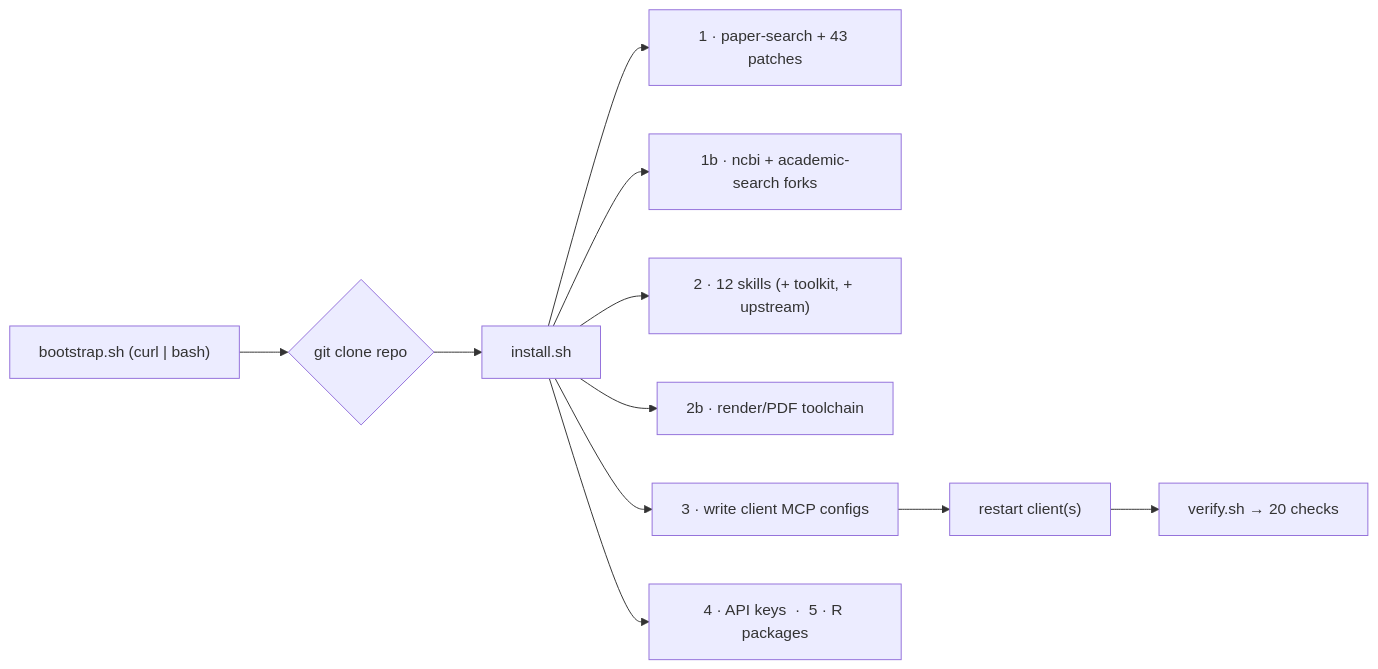
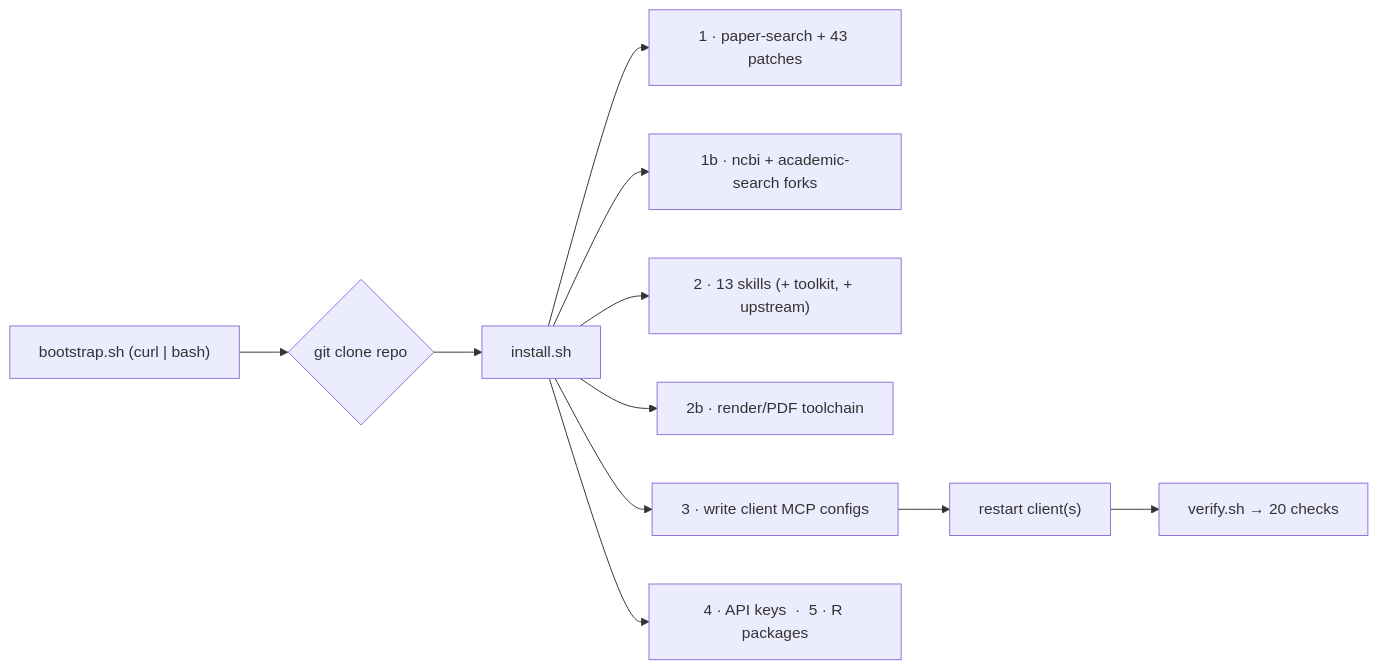
One commit to drb253/research-stack changed the second of 7 diagrams in README.md. Above: the diagram before and after it, drawn with Mermaid. The commit also changed other lines of this file and 43 other files, not shown here.

````diff
--- a/README.md
+++ b/README.md
@@ -195,12 +195,12 @@
 ```mermaid
 flowchart LR
     A["bootstrap.sh (curl | bash)"] --> B{"git clone repo"}
     B --> C["install.sh"]
     C --> D["1 · paper-search + 43 patches"]
     C --> E["1b · ncbi + academic-search forks"]
-    C --> F["2 · 12 skills (+ toolkit, + upstream)"]
+    C --> F["2 · 13 skills (+ toolkit, + upstream)"]
     C --> G["2b · render/PDF toolchain"]
     C --> H["3 · write client MCP configs"]
     C --> I["4 · API keys  ·  5 · R packages"]
     H --> J["restart client(s)"] --> K["verify.sh → 20 checks"]
 ```
````
